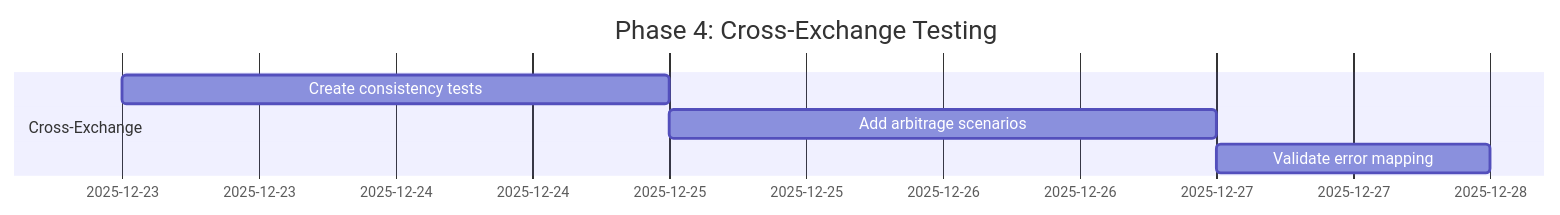
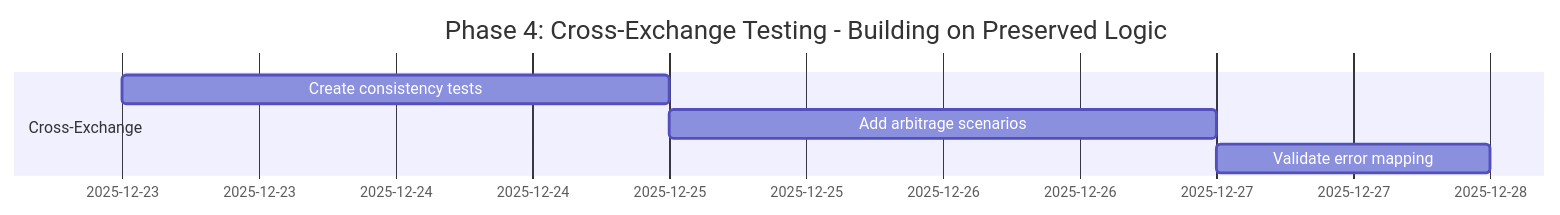
One commit to plataplomo/hummingbot changed the fourth of 4 diagrams in workflow/integration_tests_refactor_plan.md. Above: the diagram before and after it, drawn with Mermaid. The commit also changed other lines of this file and 5 other files, not shown here.

````diff
--- a/workflow/integration_tests_refactor_plan.md
+++ b/workflow/integration_tests_refactor_plan.md
@@ -576,9 +476,9 @@
 ```mermaid
 gantt
-    title Phase 4: Cross-Exchange Testing
+    title Phase 4: Cross-Exchange Testing - Building on Preserved Logic
     dateFormat  YYYY-MM-DD
     section Cross-Exchange
     Create consistency tests   :2025-12-23, 2d
     Add arbitrage scenarios   :2025-12-25, 2d
     Validate error mapping    :2025-12-27, 1d
 ```
````
